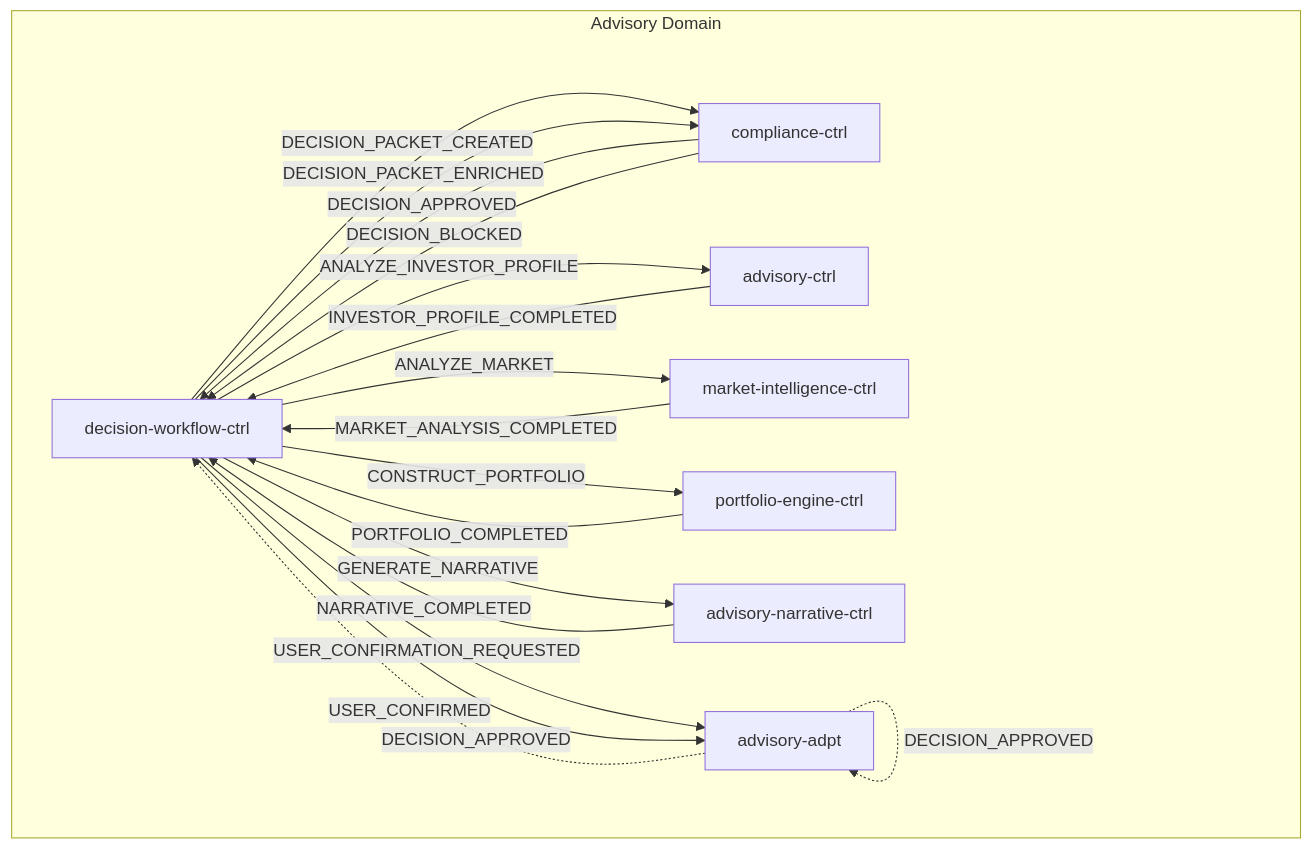
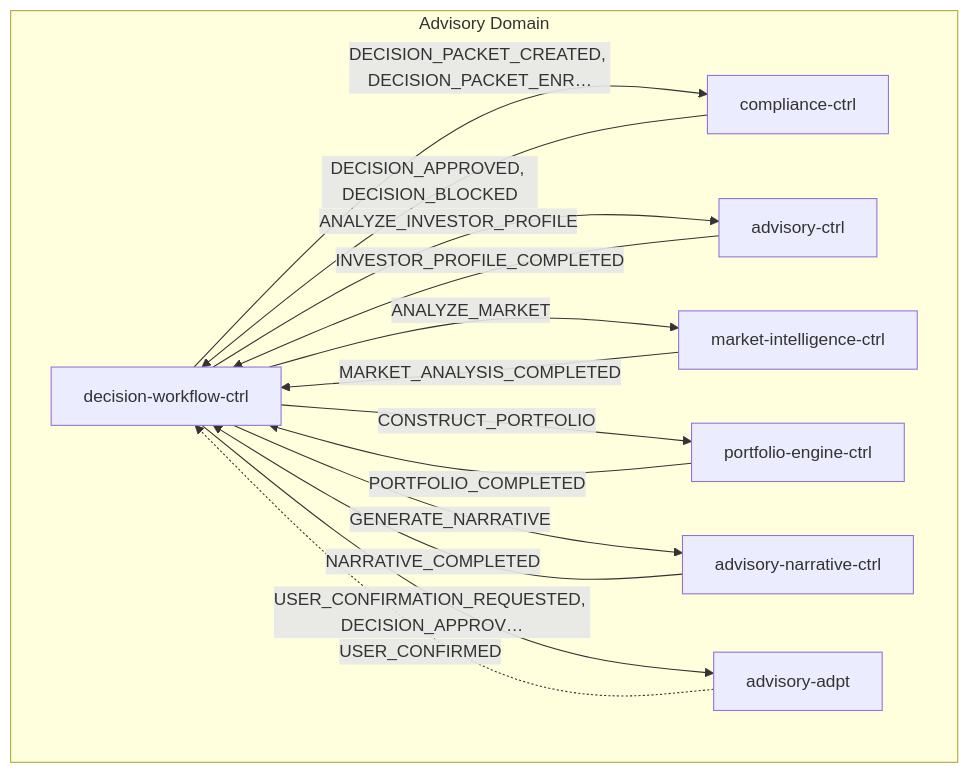
Before and after one commit to fabio-vitali/nestfolio: the first of 2 diagrams in docs/data-flows/advisory-cycle.md, drawn with Mermaid. The commit also changed 7 other files, not shown here.

Commit message:
fix: data-flows human readable md generation fixes

````diff
--- a/docs/data-flows/advisory-cycle.md
+++ b/docs/data-flows/advisory-cycle.md
@@ -11,28 +11,24 @@
 ```mermaid
 flowchart TD
     subgraph advisory["Advisory Domain"]
         decision_workflow_ctrl["decision-workflow-ctrl"]
         advisory_ctrl["advisory-ctrl"]
         market_intelligence_ctrl["market-intelligence-ctrl"]
         portfolio_engine_ctrl["portfolio-engine-ctrl"]
         advisory_narrative_ctrl["advisory-narrative-ctrl"]
         compliance_ctrl["compliance-ctrl"]
         advisory_adpt["advisory-adpt"]
     end
-    decision_workflow_ctrl -->|"DECISION_PACKET_CREATED"| compliance_ctrl
+    decision_workflow_ctrl -->|"DECISION_PACKET_CREATED, DECISION_PACKET_ENR…"| compliance_ctrl
     decision_workflow_ctrl -->|"ANALYZE_INVESTOR_PROFILE"| advisory_ctrl
     decision_workflow_ctrl -->|"ANALYZE_MARKET"| market_intelligence_ctrl
     decision_workflow_ctrl -->|"CONSTRUCT_PORTFOLIO"| portfolio_engine_ctrl
     decision_workflow_ctrl -->|"GENERATE_NARRATIVE"| advisory_narrative_ctrl
     advisory_ctrl -->|"INVESTOR_PROFILE_COMPLETED"| decision_workflow_ctrl
     market_intelligence_ctrl -->|"MARKET_ANALYSIS_COMPLETED"| decision_workflow_ctrl
     portfolio_engine_ctrl -->|"PORTFOLIO_COMPLETED"| decision_workflow_ctrl
     advisory_narrative_ctrl -->|"NARRATIVE_COMPLETED"| decision_workflow_ctrl
-    decision_workflow_ctrl -->|"DECISION_PACKET_ENRICHED"| compliance_ctrl
-    compliance_ctrl -->|"DECISION_APPROVED"| decision_workflow_ctrl
-    compliance_ctrl -->|"DECISION_BLOCKED"| decision_workflow_ctrl
-    decision_workflow_ctrl -->|"USER_CONFIRMATION_REQUESTED"| advisory_adpt
+    compliance_ctrl -->|"DECISION_APPROVED, DECISION_BLOCKED"| decision_workflow_ctrl
+    decision_workflow_ctrl -->|"USER_CONFIRMATION_REQUESTED, DECISION_APPROV…"| advisory_adpt
     advisory_adpt -.->|"USER_CONFIRMED"| decision_workflow_ctrl
-    decision_workflow_ctrl -->|"DECISION_APPROVED"| advisory_adpt
-    advisory_adpt -.->|"DECISION_APPROVED"| advisory_adpt
 ```
````
